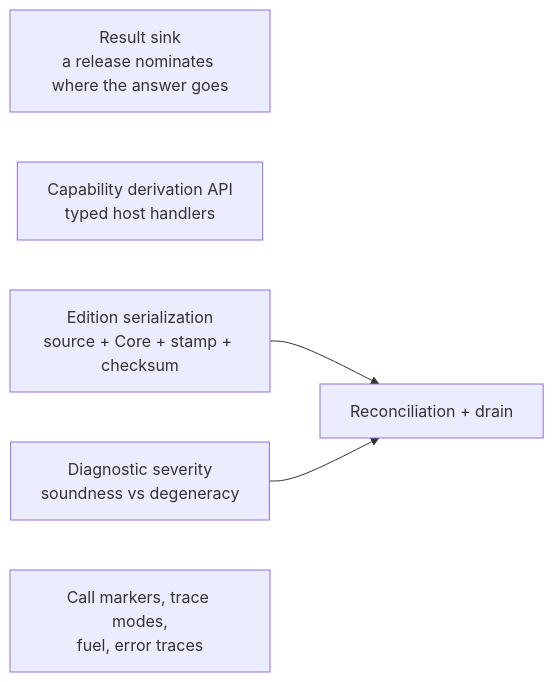
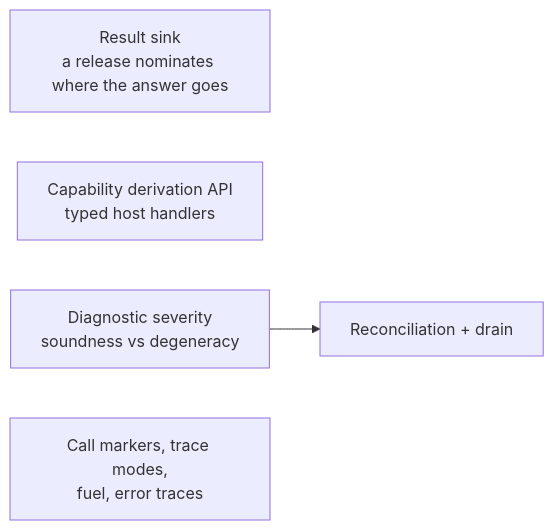
One commit to txsmith/klein changed the diagram in docs/host-integration-roadmap.md. Above: the diagram before and after it, drawn with Mermaid. The commit also changed other lines of this file and 23 other files, not shown here.

````diff
--- a/docs/host-integration-roadmap.md
+++ b/docs/host-integration-roadmap.md
@@ -53,14 +66,12 @@
 ```mermaid
     graph LR
     SINK["Result sink<br/>a release nominates where the answer goes"]
     DERIVE["Capability derivation API<br/>typed host handlers"]
 
-    ED["Edition serialization<br/>source + Core + stamp + checksum"]
     SEV["Diagnostic severity<br/>soundness vs degeneracy"]
     RECON["Reconciliation + drain"]
 
     TRACE["Call markers, trace modes,<br/>fuel, error traces"]
 
-    ED --> RECON
     SEV --> RECON
 ```
````
